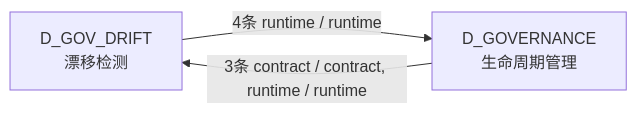
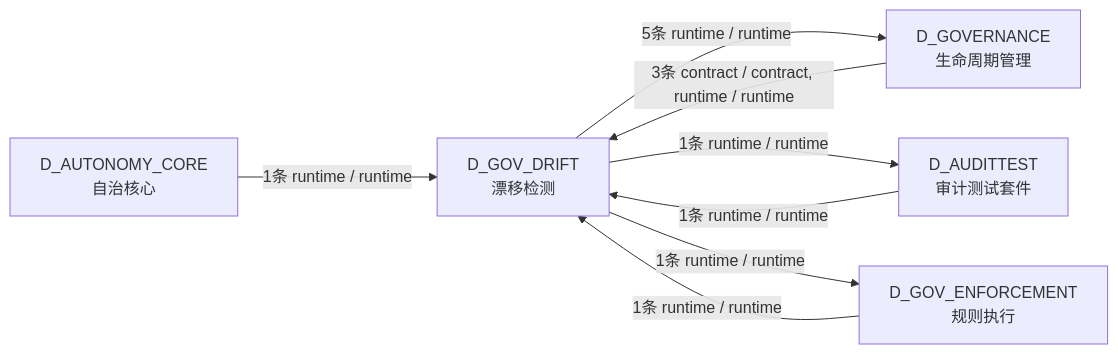
One commit to xuanFelixVan/ZephyrAlpha changed the third of 3 diagrams in docs/02_enterprise_architecture/02_domain_architecture_docs/34_d_gov_drift.md. Above: the diagram before and after it, drawn with Mermaid. The commit also changed other lines of this file and 99 other files, not shown here.

````diff
--- a/docs/02_enterprise_architecture/02_domain_architecture_docs/34_d_gov_drift.md
+++ b/docs/02_enterprise_architecture/02_domain_architecture_docs/34_d_gov_drift.md
@@ -145,7 +169,15 @@
 ```mermaid
 graph LR
     D_GOV_DRIFT["D_GOV_DRIFT<br/>漂移检测"]
     D_GOVERNANCE["D_GOVERNANCE<br/>生命周期管理"]
-    D_GOV_DRIFT -->|4条 runtime / runtime| D_GOVERNANCE
+    D_AUDITTEST["D_AUDITTEST<br/>审计测试套件"]
+    D_GOV_ENFORCEMENT["D_GOV_ENFORCEMENT<br/>规则执行"]
+    D_AUTONOMY_CORE["D_AUTONOMY_CORE<br/>自治核心"]
+    D_GOV_DRIFT -->|5条 runtime / runtime| D_GOVERNANCE
+    D_GOV_DRIFT -->|1条 runtime / runtime| D_AUDITTEST
+    D_GOV_DRIFT -->|1条 runtime / runtime| D_GOV_ENFORCEMENT
     D_GOVERNANCE -->|3条 contract / contract, runtime / runtime| D_GOV_DRIFT
+    D_AUDITTEST -->|1条 runtime / runtime| D_GOV_DRIFT
+    D_AUTONOMY_CORE -->|1条 runtime / runtime| D_GOV_DRIFT
+    D_GOV_ENFORCEMENT -->|1条 runtime / runtime| D_GOV_DRIFT
 ```
````
